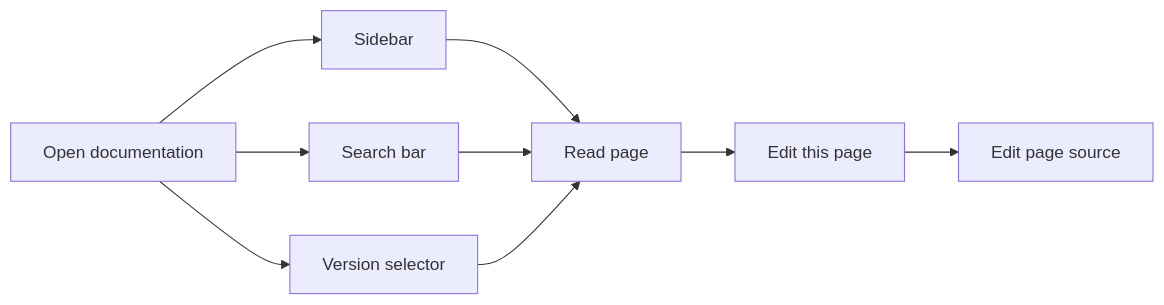
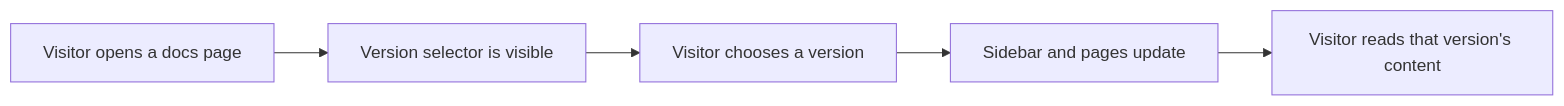
The first of 2 diagrams in api2-documentation/plan_2026-11-02_f8890e/user-facing-docs/documentation.md (Mohita111/API2), drawn with Mermaid before and after one commit. The commit also changed other lines of this file and 12 other files, not shown here.

````diff
--- a/api2-documentation/plan_2026-11-02_f8890e/user-facing-docs/documentation.md
+++ b/api2-documentation/plan_2026-11-02_f8890e/user-facing-docs/documentation.md
@@ -71,11 +29,7 @@
 ```mermaid
 graph LR
-    A[Open documentation] --> B[Sidebar]
-    A --> C[Search bar]
-    A --> D[Version selector]
-    B --> E[Read page]
-    C --> E
-    D --> E
-    E --> F[Edit this page]
-    F --> G[Edit page source]
+    A[Visitor opens a docs page] --> B[Version selector is visible]
+    B --> C[Visitor chooses a version]
+    C --> D[Sidebar and pages update]
+    D --> E[Visitor reads that version's content]
 ```
````
